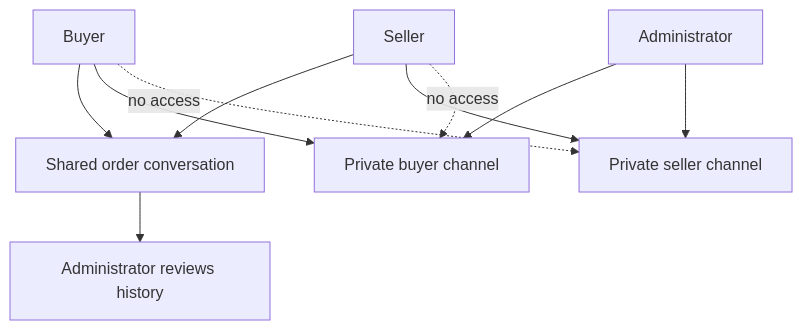
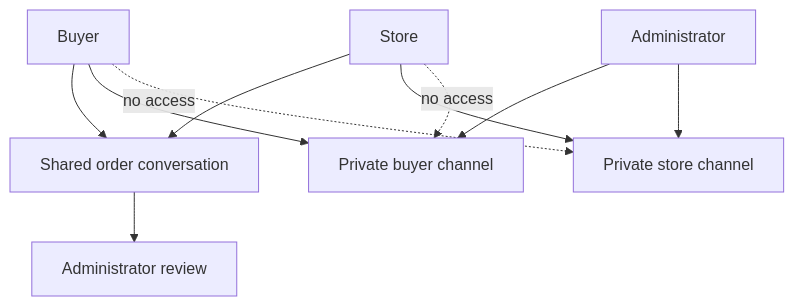
The second of 2 diagrams in openwiki/workflows/after-sales-disputes.md (Schneider-Gr/industria24hIA), drawn with Mermaid before and after one commit. The commit also changed other lines of this file and 34 other files, not shown here.

````diff
--- a/openwiki/workflows/after-sales-disputes.md
+++ b/openwiki/workflows/after-sales-disputes.md
@@ -124,12 +132,12 @@
 ```mermaid
 flowchart TD
     Buyer[Buyer] --> Shared[Shared order conversation]
-    Seller[Seller] --> Shared
-    Shared --> Review[Administrator reviews history]
+    Seller[Store] --> Shared
+    Shared --> Review[Administrator review]
     Buyer --> BuyerChannel[Private buyer channel]
     Admin[Administrator] --> BuyerChannel
-    Seller --> SellerChannel[Private seller channel]
-    Admin --> SellerChannel
-    Buyer -. no access .-> SellerChannel
+    Seller --> StoreChannel[Private store channel]
+    Admin --> StoreChannel
+    Buyer -. no access .-> StoreChannel
     Seller -. no access .-> BuyerChannel
 ```
````
